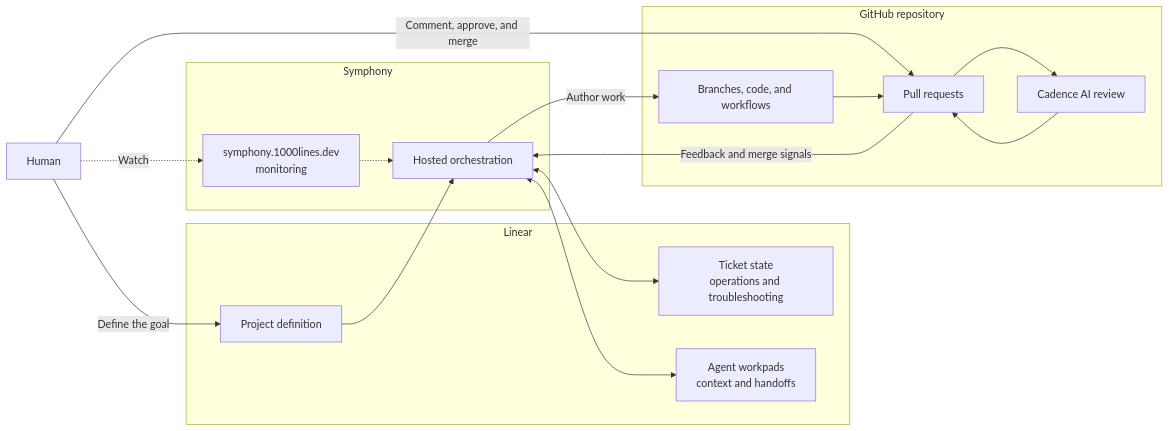
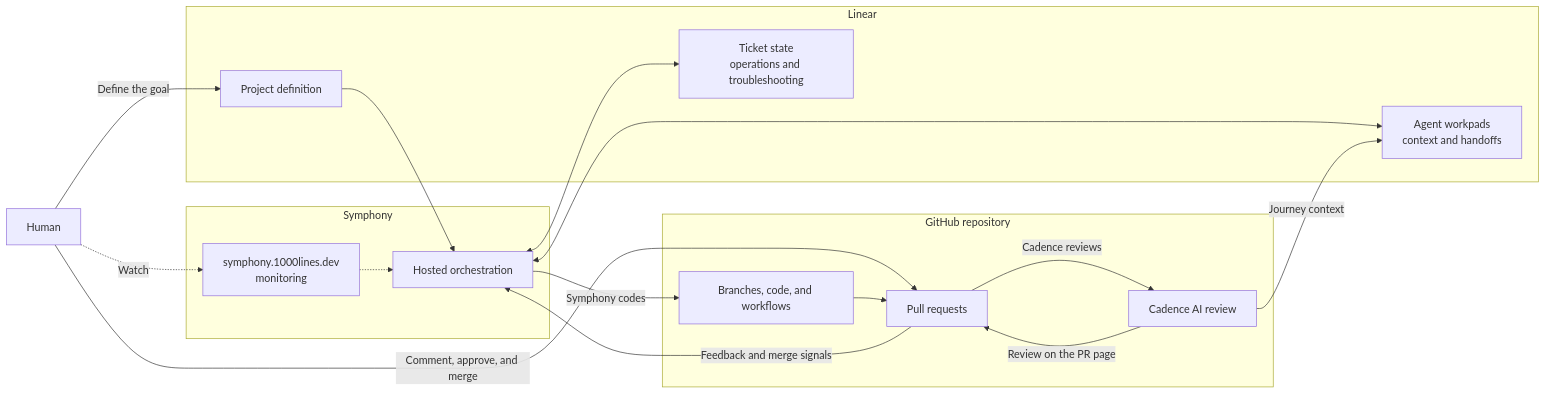
Before and after one commit to 1000lines/symphony-client-template: the diagram in hackathon/README.md, drawn with Mermaid. The commit also changed other lines of this file, not shown here.

Commit message:
Define Cadence and Symphony roles

````diff
--- a/hackathon/README.md
+++ b/hackathon/README.md
@@ -36,35 +38,36 @@
 ```mermaid
 flowchart LR
   HUMAN[Human]
 
   subgraph LINEAR[Linear]
     PROJECT[Project definition]
     TICKETS[Ticket state<br/>operations and troubleshooting]
     WORKPADS[Agent workpads<br/>context and handoffs]
   end
 
   subgraph SERVICE[Symphony]
     ORCHESTRATOR[Hosted orchestration]
     MONITOR[symphony.1000lines.dev<br/>monitoring]
   end
 
   subgraph GITHUB[GitHub repository]
     CODE[Branches, code, and workflows]
     PR[Pull requests]
     CADENCE[Cadence AI review]
   end
 
   HUMAN -->|Define the goal| PROJECT
   HUMAN -->|Comment, approve, and merge| PR
   HUMAN -.->|Watch| MONITOR
 
   PROJECT --> ORCHESTRATOR
   ORCHESTRATOR <--> TICKETS
   ORCHESTRATOR <--> WORKPADS
   MONITOR -.-> ORCHESTRATOR
-  ORCHESTRATOR -->|Author work| CODE
+  ORCHESTRATOR -->|Symphony codes| CODE
   CODE --> PR
-  PR --> CADENCE
-  CADENCE --> PR
+  PR -->|Cadence reviews| CADENCE
+  CADENCE -->|Journey context| WORKPADS
+  CADENCE -->|Review on the PR page| PR
   PR -->|Feedback and merge signals| ORCHESTRATOR
 ```
````
